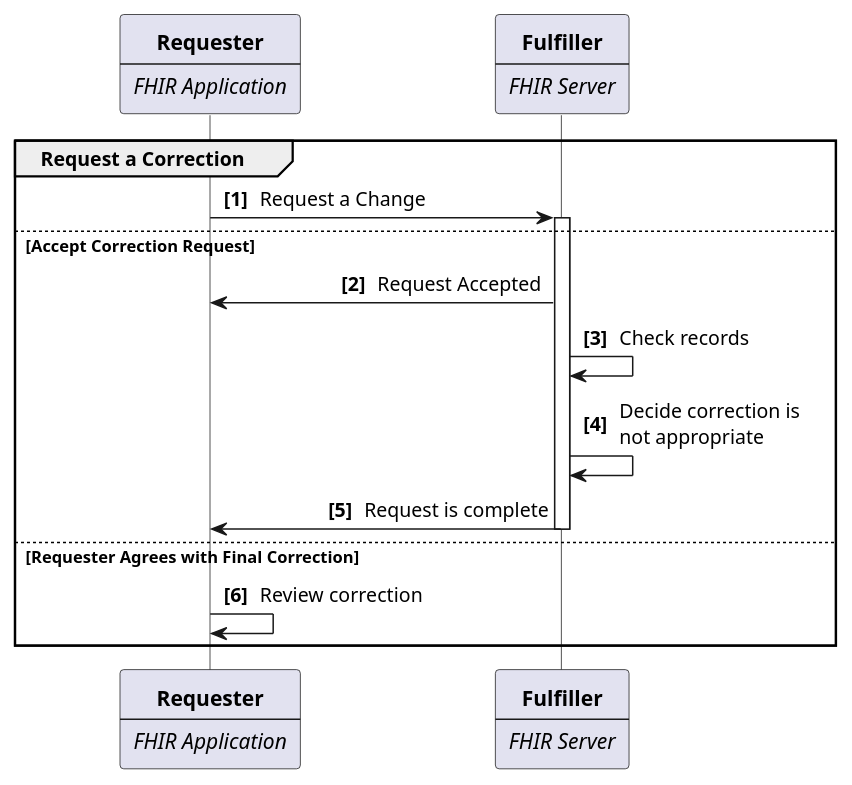
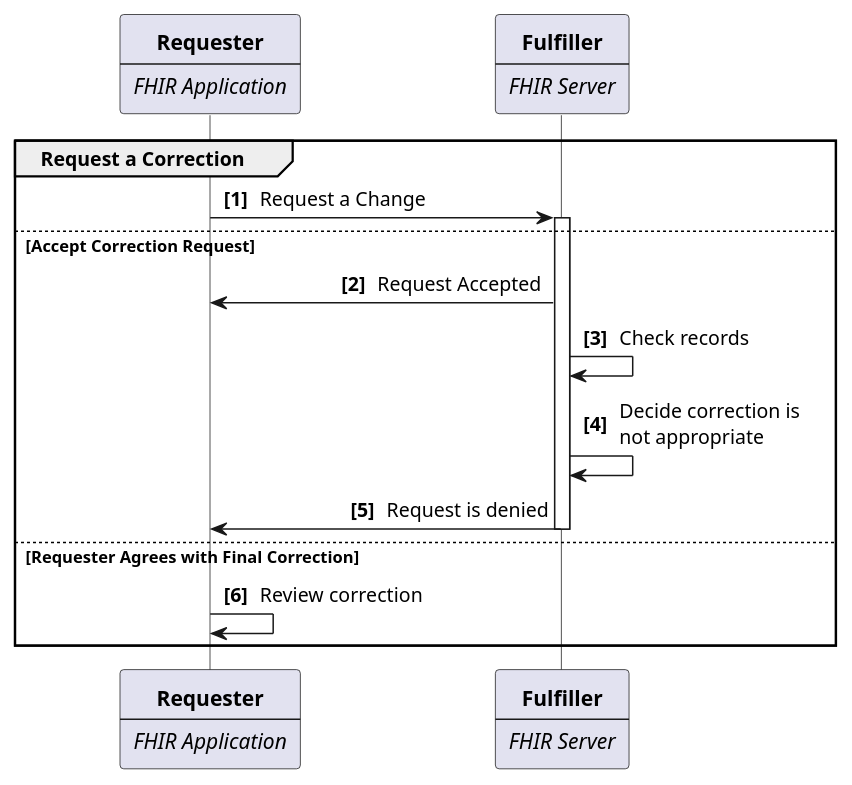
One commit to HL7/fhir-patient-correction changed the diagram in input/images-source/use-case-3.plantuml. Above: the diagram before and after it, drawn with PlantUML. The commit also changed 5 other files, not shown here.

```diff
--- a/input/images-source/use-case-3.plantuml
+++ b/input/images-source/use-case-3.plantuml
@@ -1,35 +1,35 @@
 @startuml
 skinparam DefaultTextAlignment center
 skinparam SequenceMessageAlignment direction
 skinparam Padding 2
 skinparam ParticipantPadding 60
 skinparam LifelineStrategy solid
 autonumber "<b>[###]</b>"
 
 participant R [
   **Requester**
   ----
   //FHIR Application//
 ]
 participant F [
   **Fulfiller**
   ----
   //FHIR Server//
 ]
 
 group Request a Correction
   R->F : Request a Change
 else Accept Correction Request
   Activate F
     F->R : Request Accepted
     F->F : Check records
     F->F : Decide correction is\nnot appropriate
-    F->R : Request is complete
+    F->R : Request is denied
   Deactivate F
 else Requester Agrees with Final Correction
   R->R : Review correction
 end
 
 
 
 @enduml
```
